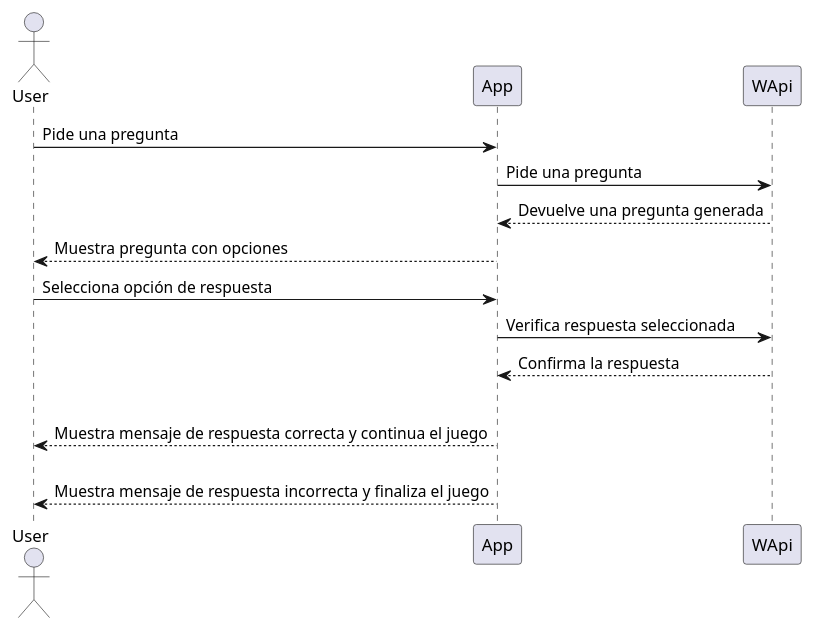
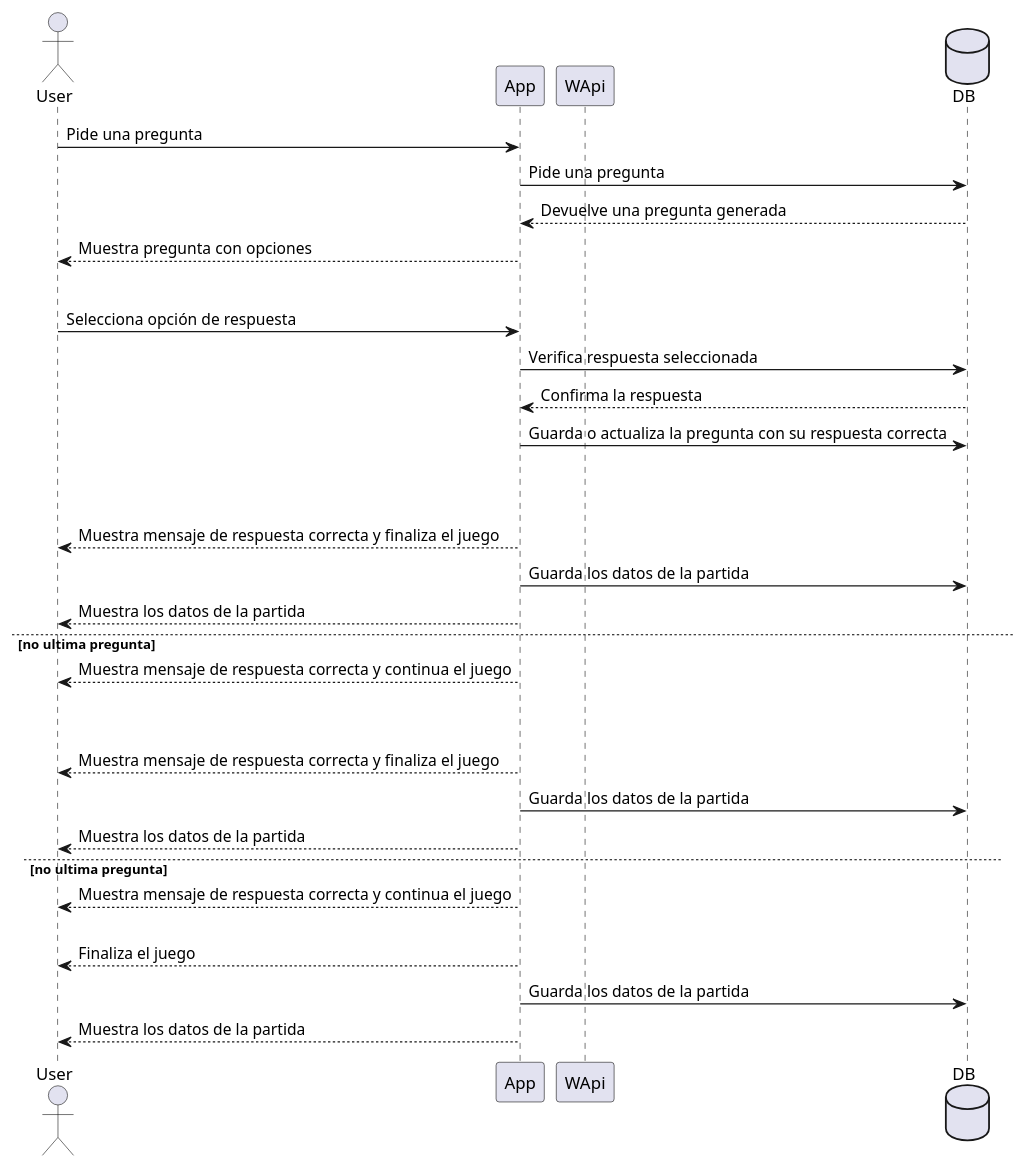
Before and after one commit to Arquisoft/wiq_es6b: the fourth of 9 diagrams in docs/src/06_runtime_view.adoc, drawn with PlantUML. The commit also changed other lines of this file and 1 other file, not shown here.

```diff
--- a/docs/src/06_runtime_view.adoc
+++ b/docs/src/06_runtime_view.adoc
@@ -46,18 +64,35 @@
 [plantuml,"Sequence diagram",png]
 ----
 actor User
 participant App
 participant WApi
+database DB
 
 User -> App: Pide una pregunta
-App -> WApi: Pide una pregunta
-App <-- WApi: Devuelve una pregunta generada
+App -> DB: Pide una pregunta
+App <-- DB: Devuelve una pregunta generada
 User <-- App: Muestra pregunta con opciones
-User -> App: Selecciona opción de respuesta
-App -> WApi: Verifica respuesta seleccionada
-App <-- WApi: Confirma la respuesta
-alt respuesta correcta
-    User <-- App: Muestra mensaje de respuesta correcta y continua el juego
-else respuesta incorrecta
-    User <-- App: Muestra mensaje de respuesta incorrecta y finaliza el juego
+alt tiempo no finalizado
+    User -> App: Selecciona opción de respuesta
+    App -> DB: Verifica respuesta seleccionada
+    App <-- DB: Confirma la respuesta
+    App -> DB: Guarda o actualiza la pregunta con su respuesta correcta
+    alt respuesta correcta
+        alt ultima pregunta
+            User <-- App: Muestra mensaje de respuesta correcta y finaliza el juego
+            App -> DB: Guarda los datos de la partida
+            User <-- App: Muestra los datos de la partida
+        else no ultima pregunta
+            User <-- App: Muestra mensaje de respuesta correcta y continua el juego
+    else respuesta incorrecta
+        alt ultima pregunta
+            User <-- App: Muestra mensaje de respuesta correcta y finaliza el juego
+            App -> DB: Guarda los datos de la partida
+            User <-- App: Muestra los datos de la partida
+        else no ultima pregunta
+            User <-- App: Muestra mensaje de respuesta correcta y continua el juego
+else tiempo finalizado
+    User <-- App: Finaliza el juego
+    App -> DB: Guarda los datos de la partida
+    User <-- App: Muestra los datos de la partida
 ----
```
